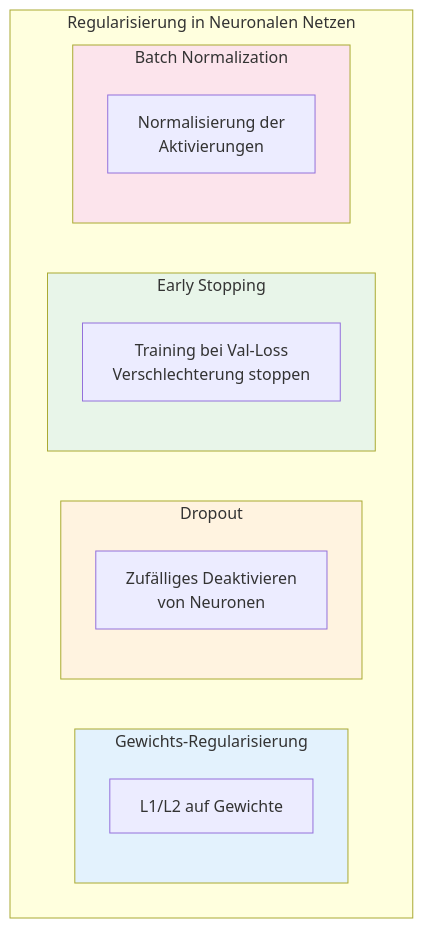
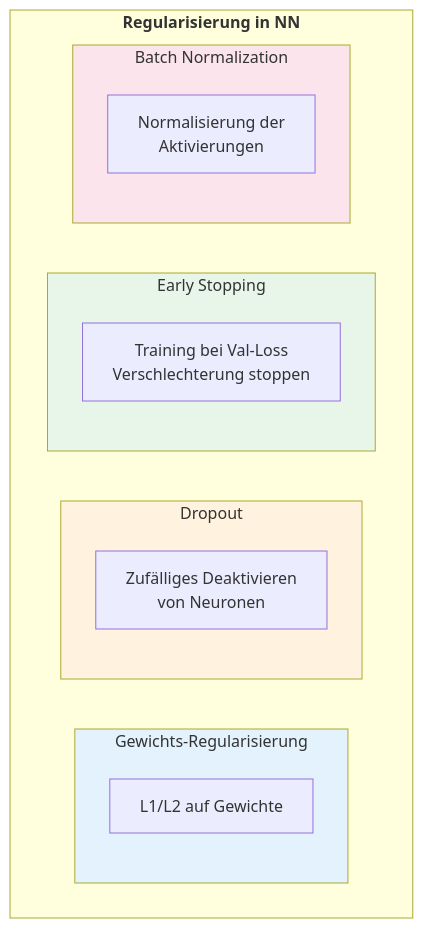
One commit to ralf-42/ML_Intro changed the third of 5 diagrams in docs/concepts/evaluate/regularisierung.md. Above: the diagram before and after it, drawn with Mermaid. The commit also changed other lines of this file and 24 other files, not shown here.

````diff
--- a/docs/concepts/evaluate/regularisierung.md
+++ b/docs/concepts/evaluate/regularisierung.md
@@ -367,25 +343,25 @@
 ```mermaid
 flowchart TB
-    subgraph nn_reg["Regularisierung in Neuronalen Netzen"]
+    subgraph nn_reg["<b>Regularisierung in NN</b>"]
         subgraph weight["Gewichts-Regularisierung"]
             W1["L1/L2 auf Gewichte"]
         end
         
         subgraph dropout["Dropout"]
             D1["Zufälliges Deaktivieren<br/>von Neuronen"]
         end
         
         subgraph early["Early Stopping"]
             E1["Training bei Val-Loss<br/>Verschlechterung stoppen"]
         end
         
         subgraph bn["Batch Normalization"]
             B1["Normalisierung der<br/>Aktivierungen"]
         end
     end
     
     style weight fill:#e3f2fd
     style dropout fill:#fff3e0
     style early fill:#e8f5e9
     style bn fill:#fce4ec
 ```
````
